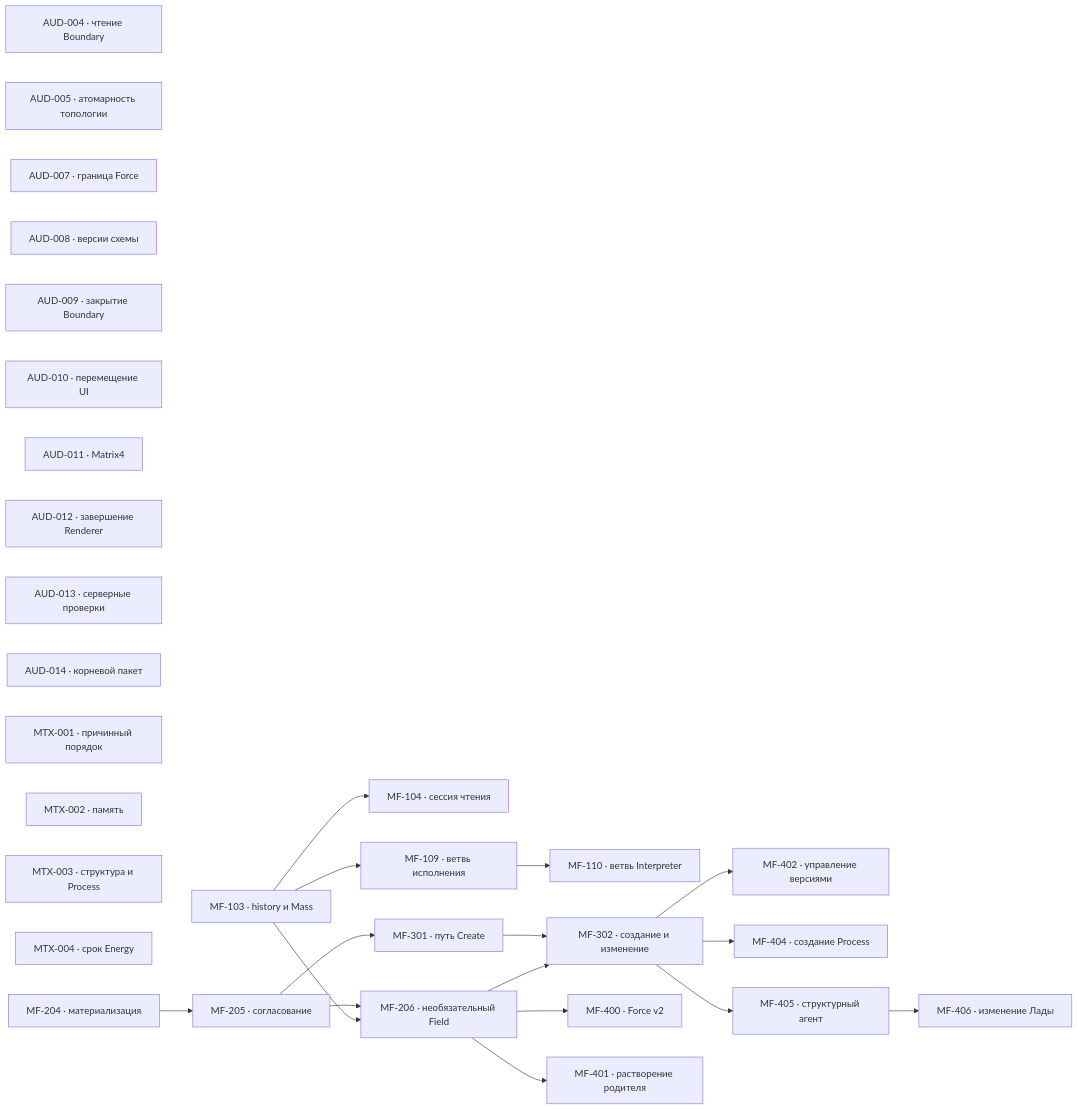
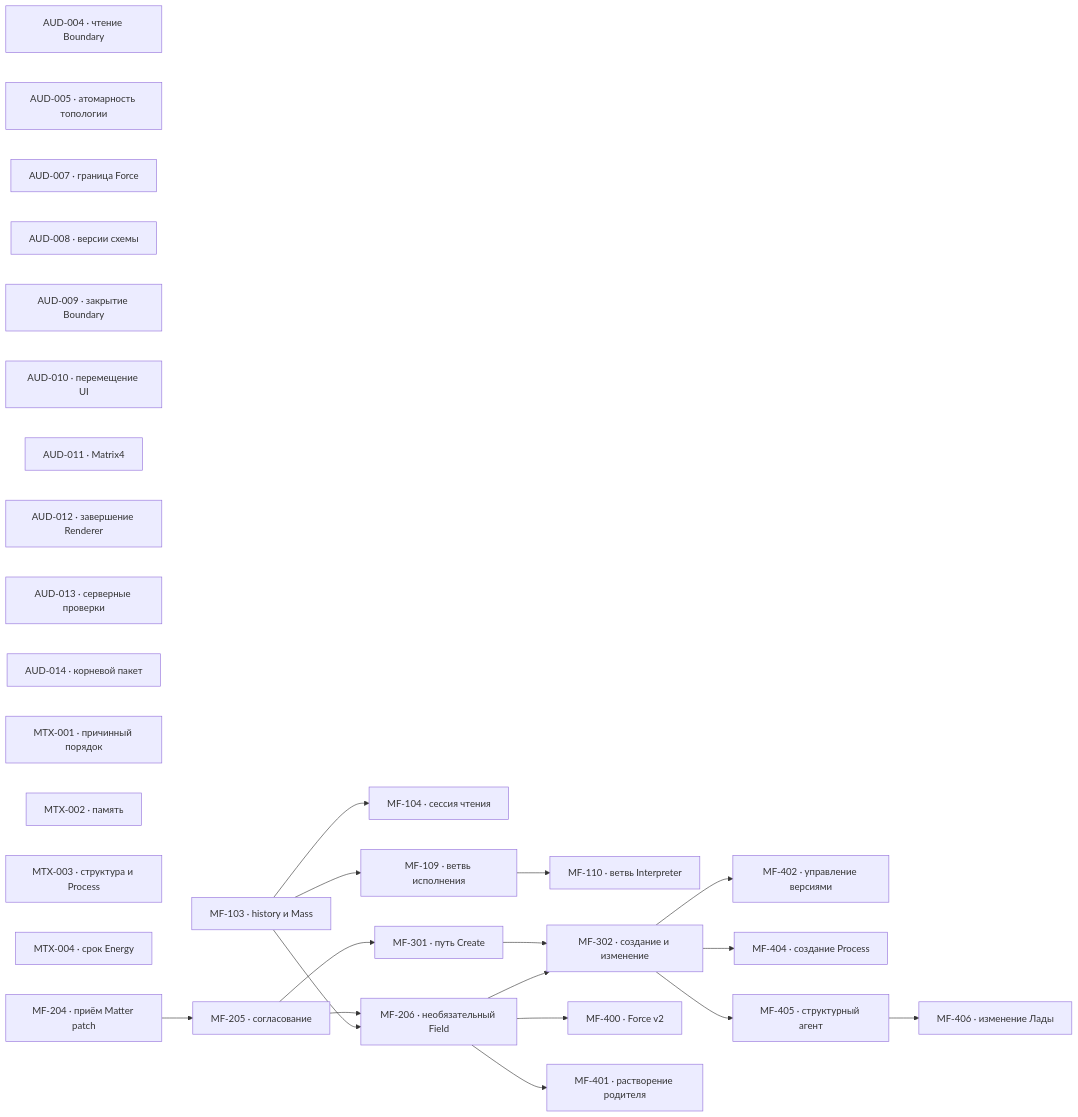
Before and after one commit to zavx0z/metafor: the diagram in project/TODO.md, drawn with Mermaid. The commit also changed other lines of this file and 1 other file, not shown here.

Commit message:
project(MF-204): start Matter patch acceptance

````diff
--- a/project/TODO.md
+++ b/project/TODO.md
@@ -13,48 +13,48 @@
 ```mermaid
 flowchart LR
     AUD004["AUD-004 · чтение Boundary"]
     AUD005["AUD-005 · атомарность топологии"]
     AUD007["AUD-007 · граница Force"]
     AUD008["AUD-008 · версии схемы"]
     AUD009["AUD-009 · закрытие Boundary"]
     AUD010["AUD-010 · перемещение UI"]
     AUD011["AUD-011 · Matrix4"]
     AUD012["AUD-012 · завершение Renderer"]
     AUD013["AUD-013 · серверные проверки"]
     AUD014["AUD-014 · корневой пакет"]
     MTX001["MTX-001 · причинный порядок"]
     MTX002["MTX-002 · память"]
     MTX003["MTX-003 · структура и Process"]
     MTX004["MTX-004 · срок Energy"]
     MF103["MF-103 · history и Mass"]
     MF104["MF-104 · сессия чтения"]
     MF109["MF-109 · ветвь исполнения"]
     MF110["MF-110 · ветвь Interpreter"]
-    MF204["MF-204 · материализация"]
+    MF204["MF-204 · приём Matter patch"]
     MF205["MF-205 · согласование"]
     MF206["MF-206 · необязательный Field"]
     MF301["MF-301 · путь Create"]
     MF302["MF-302 · создание и изменение"]
     MF400["MF-400 · Force v2"]
     MF401["MF-401 · растворение родителя"]
     MF402["MF-402 · управление версиями"]
     MF404["MF-404 · создание Process"]
     MF405["MF-405 · структурный агент"]
     MF406["MF-406 · изменение Лады"]
 
     MF103 --> MF104
     MF103 --> MF109
     MF109 --> MF110
     MF204 --> MF205
     MF205 --> MF206
     MF103 --> MF206
     MF205 --> MF301
     MF301 --> MF302
     MF206 --> MF302
     MF206 --> MF400
     MF206 --> MF401
     MF302 --> MF402
     MF302 --> MF404
     MF302 --> MF405
     MF405 --> MF406
 ```
````
